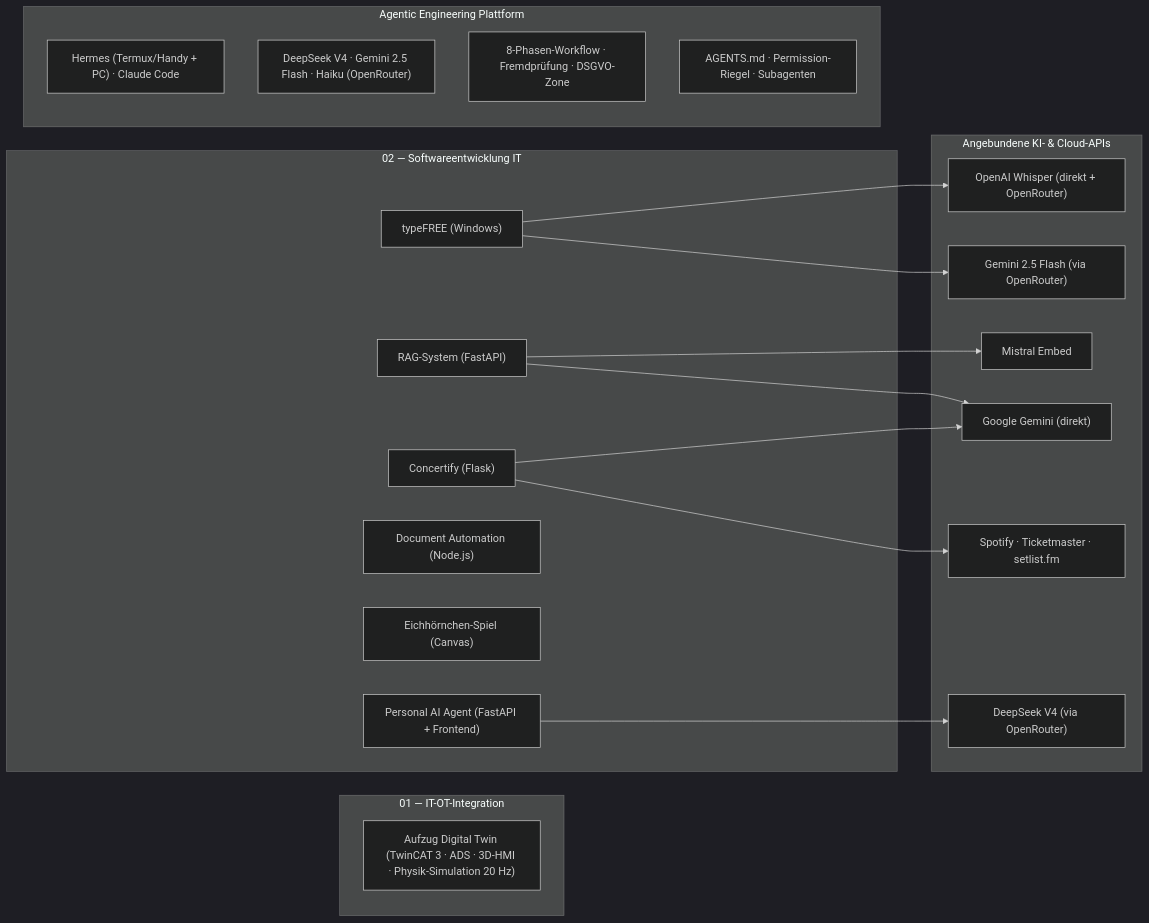
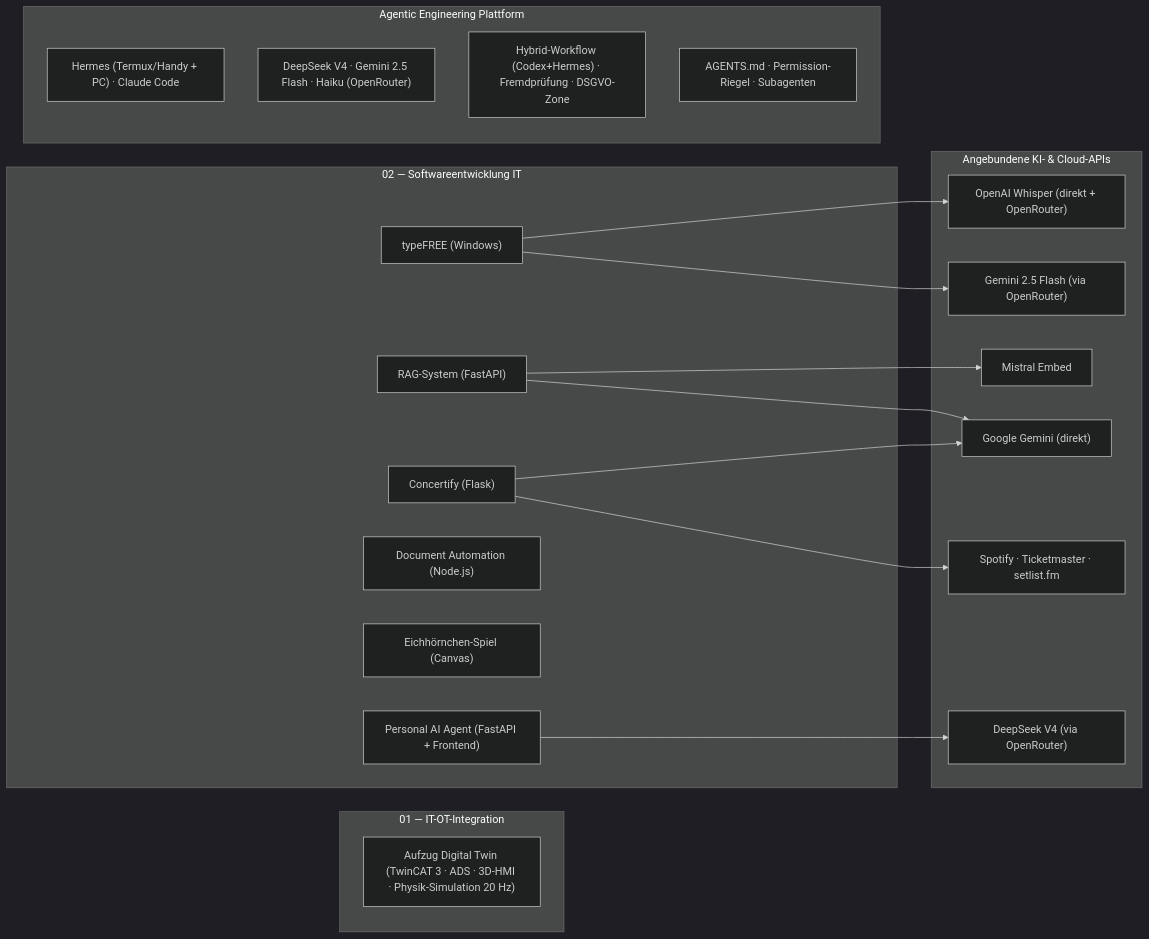
One commit to HeartledAgentEngineer/it-ot-agentic-engineering changed the diagram in README.md. Above: the diagram before and after it, drawn with Mermaid (dark theme). The commit also changed other lines of this file, not shown here.

Commit message:
docs(workflow): 8-Phasen-Workflow abgelöst - kontinuierlicher Codex/Hermes-Hybrid in README dokumentiert (Kern-Gates bleiben)

````diff
--- a/README.md
+++ b/README.md
@@ -35,39 +35,39 @@
 ```mermaid
 graph LR
     subgraph OT["01 — IT-OT-Integration"]
         E["Aufzug Digital Twin (TwinCAT 3 · ADS · 3D-HMI · Physik-Simulation 20 Hz)"]
     end
 
     subgraph IT["02 — Softwareentwicklung IT"]
         C["Concertify (Flask)"]
         T["typeFREE (Windows)"]
         R["RAG-System (FastAPI)"]
         D["Document Automation (Node.js)"]
         S["Eichhörnchen-Spiel (Canvas)"]
         P["Personal AI Agent (FastAPI + Frontend)"]
     end
 
     subgraph APIs["Angebundene KI- & Cloud-APIs"]
         WH["OpenAI Whisper (direkt + OpenRouter)"]
         G2F["Gemini 2.5 Flash (via OpenRouter)"]
         MB["Mistral Embed"]
         G2["Google Gemini (direkt)"]
         SP["Spotify · Ticketmaster · setlist.fm"]
         DS["DeepSeek V4 (via OpenRouter)"]
     end
 
     subgraph AE["Agentic Engineering Plattform"]
         CLI["Hermes (Termux/Handy + PC) · Claude Code"]
         MOD["DeepSeek V4 · Gemini 2.5 Flash · Haiku (OpenRouter)"]
-        WF["8-Phasen-Workflow · Fremdprüfung · DSGVO-Zone"]
+        WF["Hybrid-Workflow (Codex+Hermes) · Fremdprüfung · DSGVO-Zone"]
         GR["AGENTS.md · Permission-Riegel · Subagenten"]
     end
 
     C["Concertify (Flask)"] --> SP
     C --> G2
     T["typeFREE (Windows)"] --> WH
     T --> G2F
     R["RAG-System (FastAPI)"] --> G2
     R --> MB
     P["Personal AI Agent (FastAPI + Frontend)"] --> DS
 ```
````
